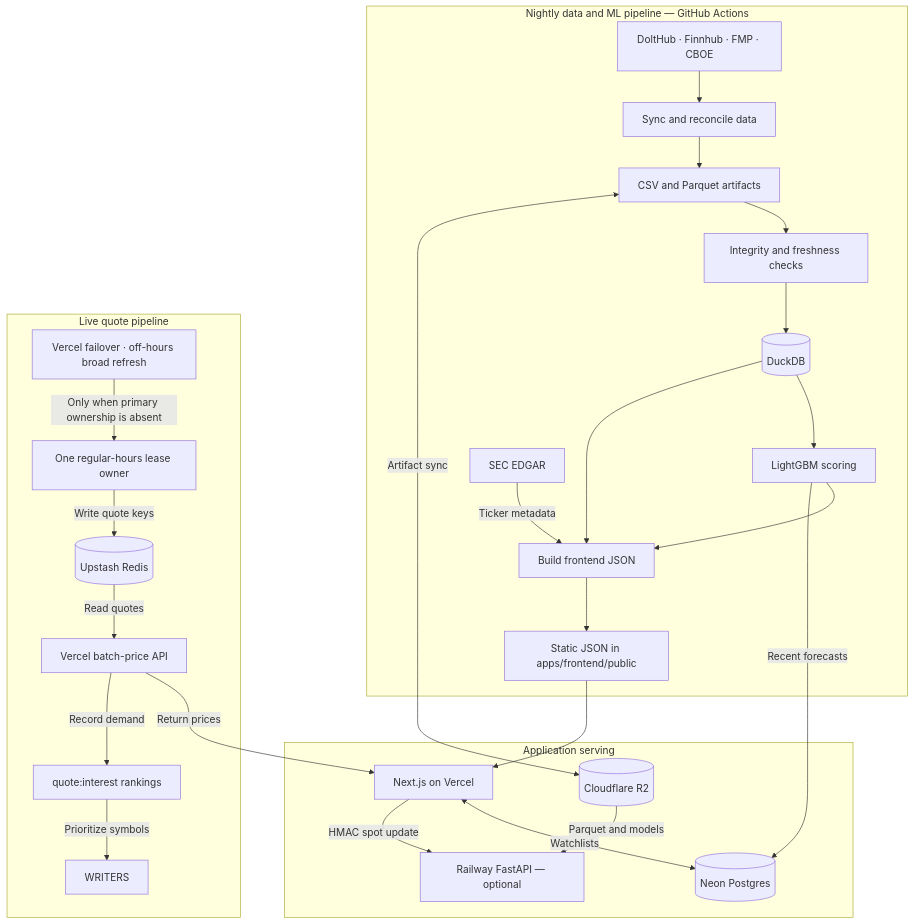
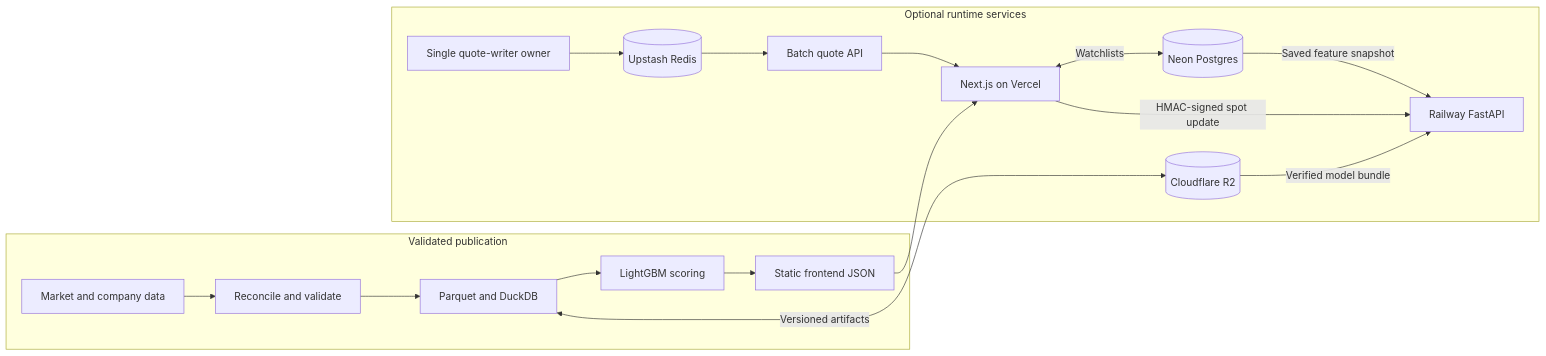
One commit to kenchengkc/quantiv changed the diagram in README.md. Above: the diagram before and after it, drawn with Mermaid. The commit also changed other lines of this file, not shown here.

````diff
--- a/README.md
+++ b/README.md
@@ -54,49 +56,21 @@
 ```mermaid
-flowchart TB
-  subgraph nightly["Nightly data and ML pipeline — GitHub Actions"]
-    PROVIDERS["DoltHub · Finnhub · FMP · CBOE"]
-    SYNC["Sync and reconcile data"]
-    FILES["CSV and Parquet artifacts"]
-    GATE["Integrity and freshness checks"]
-    DUCK[(DuckDB)]
-    SCORE["LightGBM scoring"]
-    BUILD["Build frontend JSON"]
-    PUB["Static JSON in apps/frontend/public"]
-    SEC["SEC EDGAR"]
-
-    PROVIDERS --> SYNC --> FILES --> GATE --> DUCK
-    DUCK --> SCORE --> BUILD --> PUB
-    DUCK --> BUILD
-    SEC -->|Ticker metadata| BUILD
+flowchart LR
+  subgraph publication["Validated publication"]
+    SOURCES["Market and company data"] --> RECON["Reconcile and validate"]
+    RECON --> DATA["Parquet and DuckDB"]
+    DATA --> SCORE["LightGBM scoring"]
+    SCORE --> JSON["Static frontend JSON"]
   end
 
-  R2[(Cloudflare R2)]
-  FILES <-->|Artifact sync| R2
+  DATA <-->|Versioned artifacts| R2[(Cloudflare R2)]
+  JSON --> WEB["Next.js on Vercel"]
 
-  subgraph application["Application serving"]
-    VERCEL["Next.js on Vercel"]
-    RAILWAY["Railway FastAPI — optional"]
-    NEON[(Neon Postgres)]
-
-    PUB --> VERCEL
-    VERCEL <-->|Watchlists| NEON
-    VERCEL -->|HMAC spot update| RAILWAY
-    R2 -->|Parquet and models| RAILWAY
-    SCORE -->|Recent forecasts| NEON
-  end
-
-  subgraph quotes["Live quote pipeline"]
-    OWNER["One regular-hours lease owner"]
-    FALLBACKS["Vercel failover · off-hours broad refresh"]
-    UPSTASH[(Upstash Redis)]
-    BATCH["Vercel batch-price API"]
-    INTEREST["quote:interest rankings"]
-
-    OWNER -->|Write quote keys| UPSTASH
-    FALLBACKS -->|Only when primary ownership is absent| OWNER
-    UPSTASH -->|Read quotes| BATCH
-    BATCH -->|Return prices| VERCEL
-    BATCH -->|Record demand| INTEREST
-    INTEREST -->|Prioritize symbols| WRITERS
+  subgraph runtime["Optional runtime services"]
+    WRITER["Single quote-writer owner"] --> REDIS[(Upstash Redis)]
+    REDIS --> QUOTES["Batch quote API"] --> WEB
+    WEB <-->|Watchlists| NEON[(Neon Postgres)]
+    WEB -->|HMAC-signed spot update| API["Railway FastAPI"]
+    NEON -->|Saved feature snapshot| API
+    R2 -->|Verified model bundle| API
   end
 ```
````
